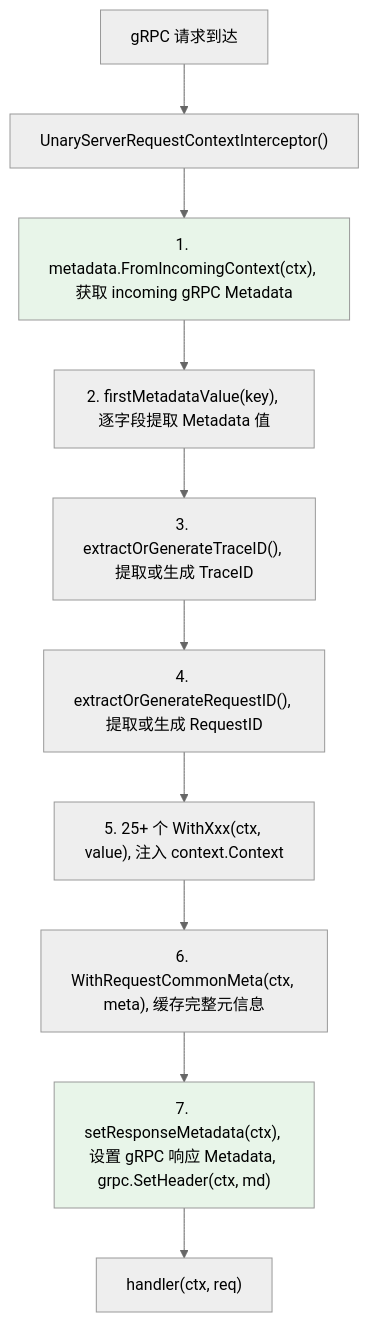
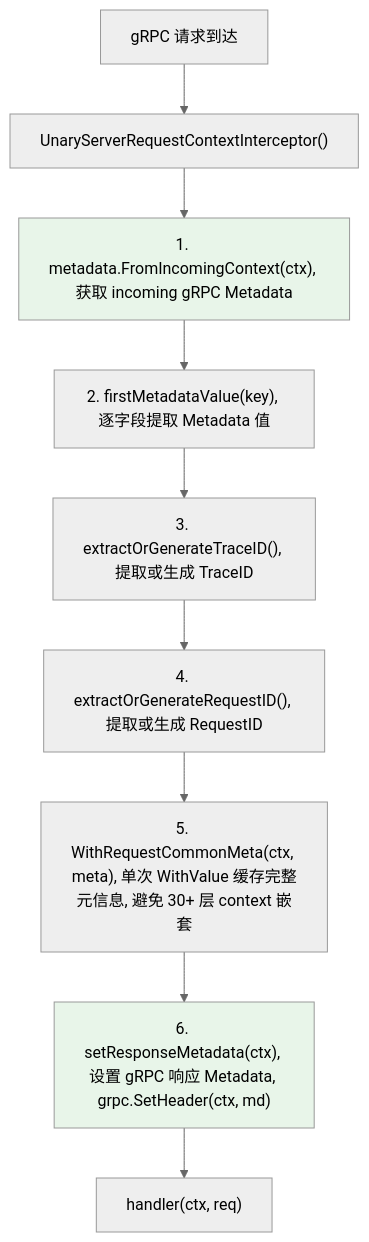
The fourth of 6 diagrams in docs/REQUEST-CONTEXT.md (kamalyes/go-rpc-gateway), drawn with Mermaid (neutral theme) before and after one commit. The commit also changed other lines of this file and 20 other files, not shown here.

````diff
--- a/docs/REQUEST-CONTEXT.md
+++ b/docs/REQUEST-CONTEXT.md
@@ -250,16 +263,15 @@
 ```mermaid
 flowchart TD
     REQ["gRPC 请求到达"] --> UNARY["UnaryServerRequestContextInterceptor()"]
 
     UNARY --> STEP1["1. metadata.FromIncomingContext(ctx), 获取 incoming gRPC Metadata"]
     STEP1 --> STEP2["2. firstMetadataValue(key), 逐字段提取 Metadata 值"]
     STEP2 --> STEP3["3. extractOrGenerateTraceID(), 提取或生成 TraceID"]
     STEP3 --> STEP4["4. extractOrGenerateRequestID(), 提取或生成 RequestID"]
-    STEP4 --> STEP5["5. 25+ 个 WithXxx(ctx, value), 注入 context.Context"]
-    STEP5 --> STEP6["6. WithRequestCommonMeta(ctx, meta), 缓存完整元信息"]
-    STEP6 --> STEP7["7. setResponseMetadata(ctx), 设置 gRPC 响应 Metadata, grpc.SetHeader(ctx, md)"]
-    STEP7 --> HANDLER["handler(ctx, req)"]
+    STEP4 --> STEP5["5. WithRequestCommonMeta(ctx, meta), 单次 WithValue 缓存完整元信息, 避免 30+ 层 context 嵌套"]
+    STEP5 --> STEP6["6. setResponseMetadata(ctx), 设置 gRPC 响应 Metadata, grpc.SetHeader(ctx, md)"]
+    STEP6 --> HANDLER["handler(ctx, req)"]
 
     style STEP1 fill:#e8f5e9
-    style STEP7 fill:#e8f5e9
+    style STEP6 fill:#e8f5e9
 ```
````
